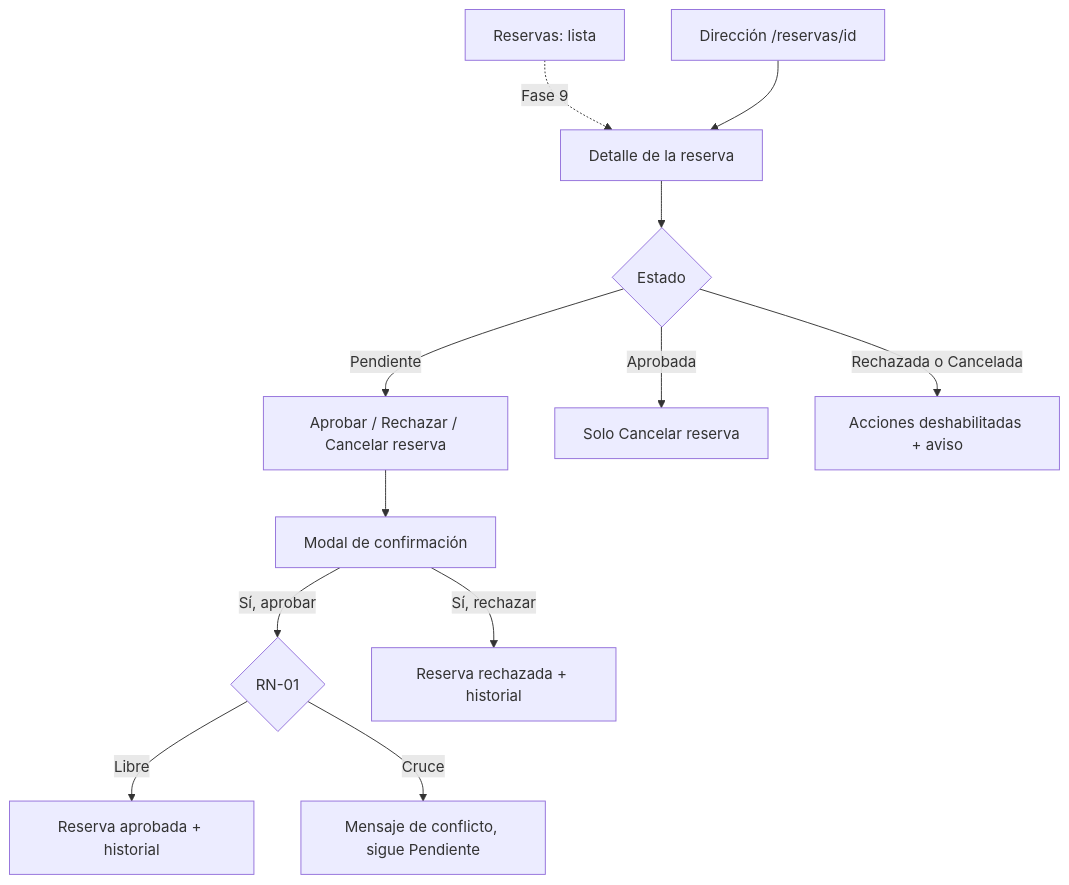
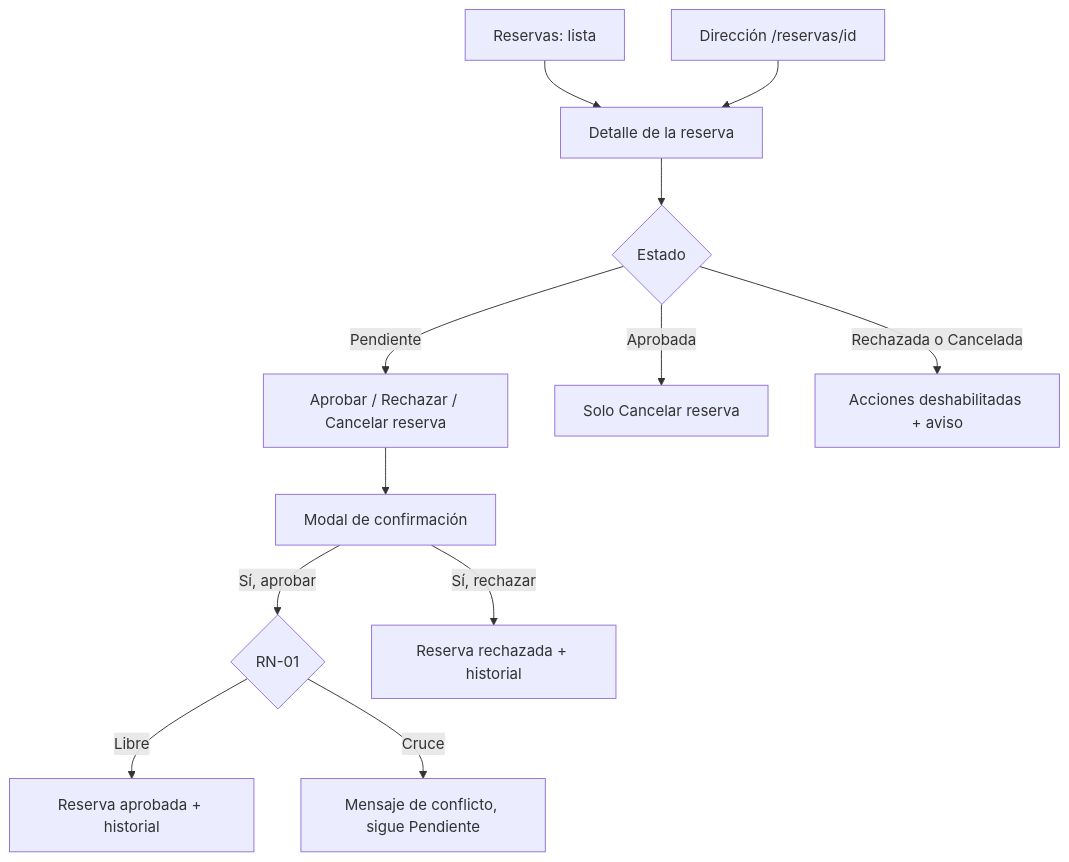
The third of 4 diagrams in docs/usabilidad/contexto-de-uso.md (Diego271004/ReservaUPLA), drawn with Mermaid before and after one commit. The commit also changed other lines of this file and 7 other files, not shown here.

````diff
--- a/docs/usabilidad/contexto-de-uso.md
+++ b/docs/usabilidad/contexto-de-uso.md
@@ -118,14 +114,14 @@
 ```mermaid
 flowchart TD
-  A[Reservas: lista] -.->|Fase 9| B[Detalle de la reserva]
+  A[Reservas: lista] --> B[Detalle de la reserva]
   A2[Dirección /reservas/id] --> B
   B --> C{Estado}
   C -->|Pendiente| D[Aprobar / Rechazar / Cancelar reserva]
   C -->|Aprobada| E[Solo Cancelar reserva]
   C -->|Rechazada o Cancelada| F[Acciones deshabilitadas + aviso]
   D --> G[Modal de confirmación]
   G -->|Sí, aprobar| H{RN-01}
   H -->|Libre| I[Reserva aprobada + historial]
   H -->|Cruce| J[Mensaje de conflicto, sigue Pendiente]
   G -->|Sí, rechazar| K[Reserva rechazada + historial]
 ```
````
